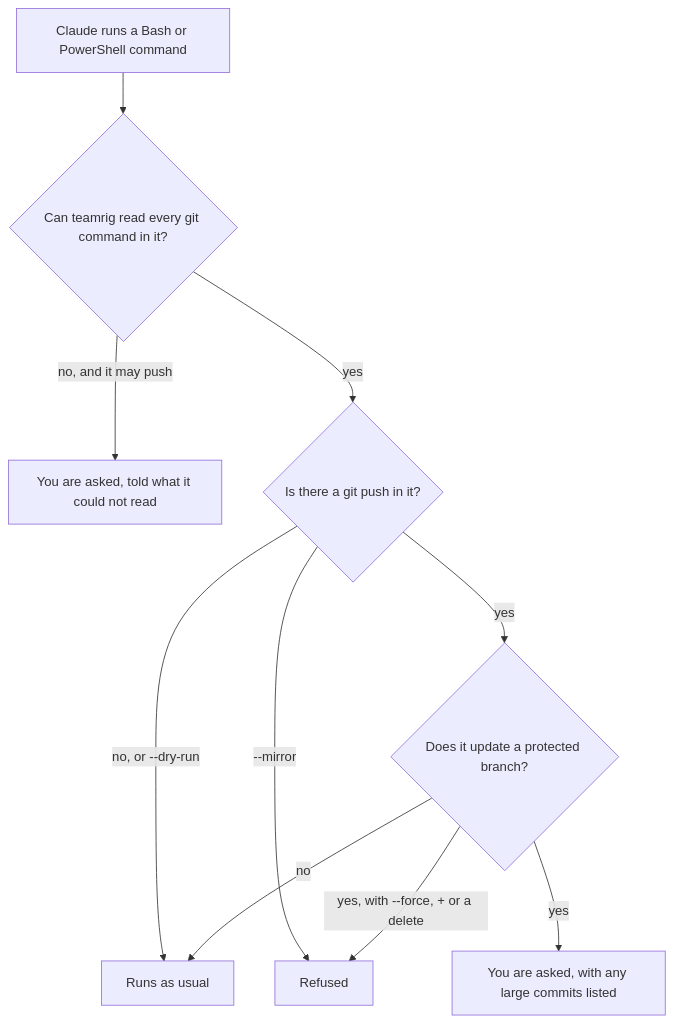
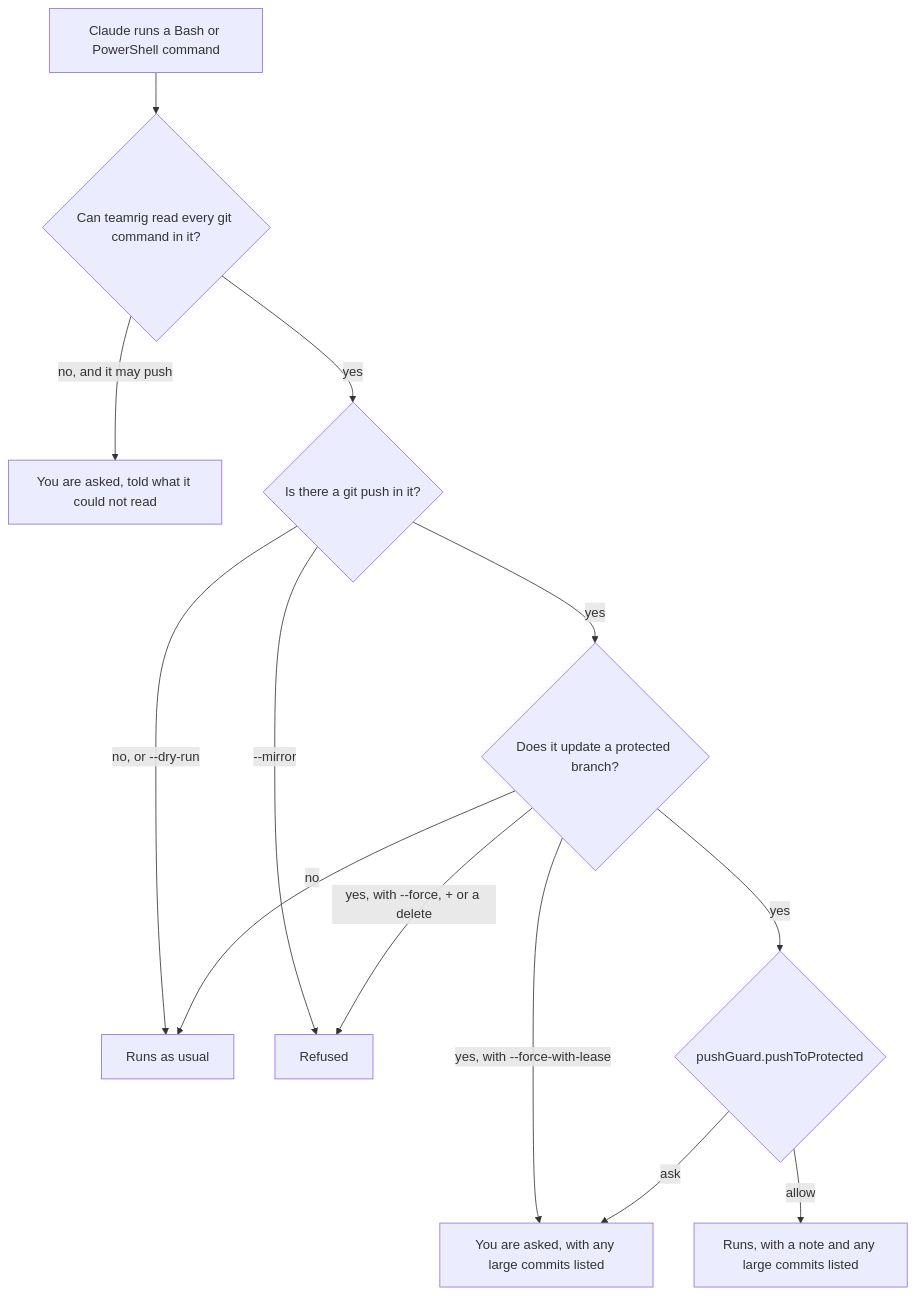
The seventh of 9 diagrams in docs/how-it-works.md (GeneralA6/teamrig), drawn with Mermaid before and after one commit. The commit also changed other lines of this file and 2 other files, not shown here.

First line of the commit message:
docs: pushGuard.pushToProtected and the empty branch list

````diff
--- a/docs/how-it-works.md
+++ b/docs/how-it-works.md
@@ -298,12 +298,15 @@
 ```mermaid
 flowchart TD
   cmd["Claude runs a Bash or PowerShell command"] --> read{"Can teamrig read every git command in it?"}
   read -- "no, and it may push" --> doubt["You are asked, told what it could not read"]
   read -- yes --> push{"Is there a git push in it?"}
   push -- "no, or --dry-run" --> run["Runs as usual"]
   push -- "--mirror" --> deny["Refused"]
   push -- yes --> branch{"Does it update a protected branch?"}
   branch -- no --> run
   branch -- "yes, with --force, + or a delete" --> deny
-  branch -- yes --> ask["You are asked, with any large commits listed"]
+  branch -- "yes, with --force-with-lease" --> ask["You are asked, with any large commits listed"]
+  branch -- yes --> mode{"pushGuard.pushToProtected"}
+  mode -- ask --> ask
+  mode -- allow --> note["Runs, with a note and any large commits listed"]
 ```
````
